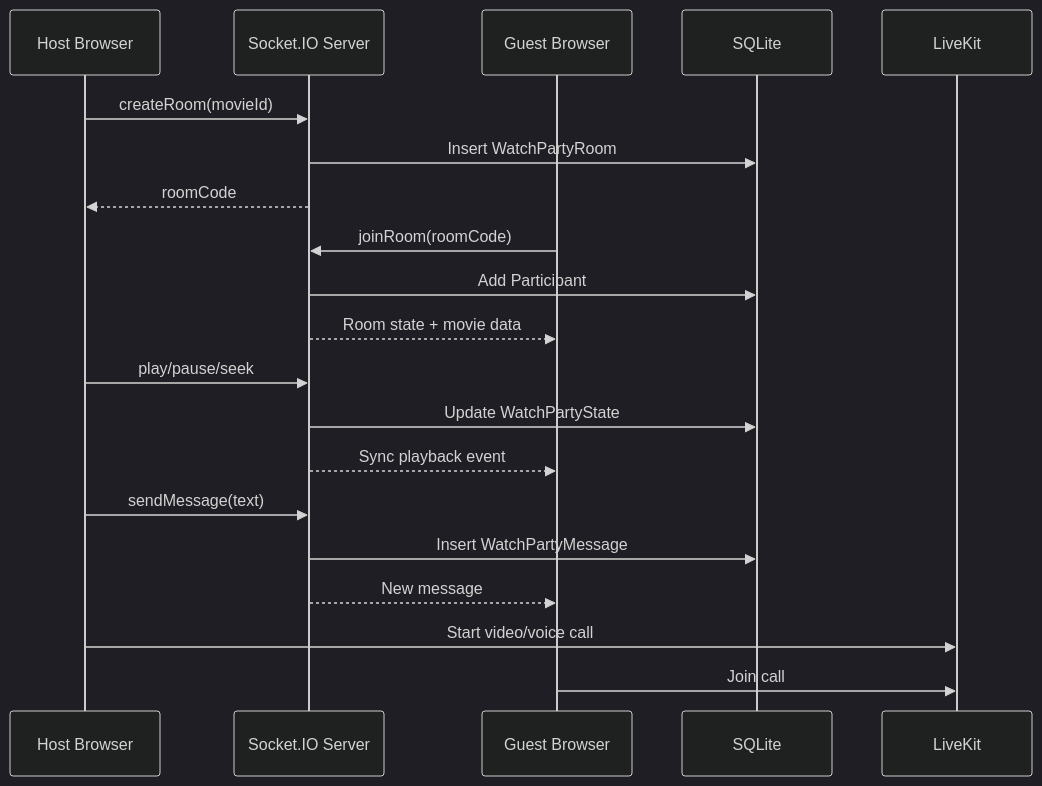
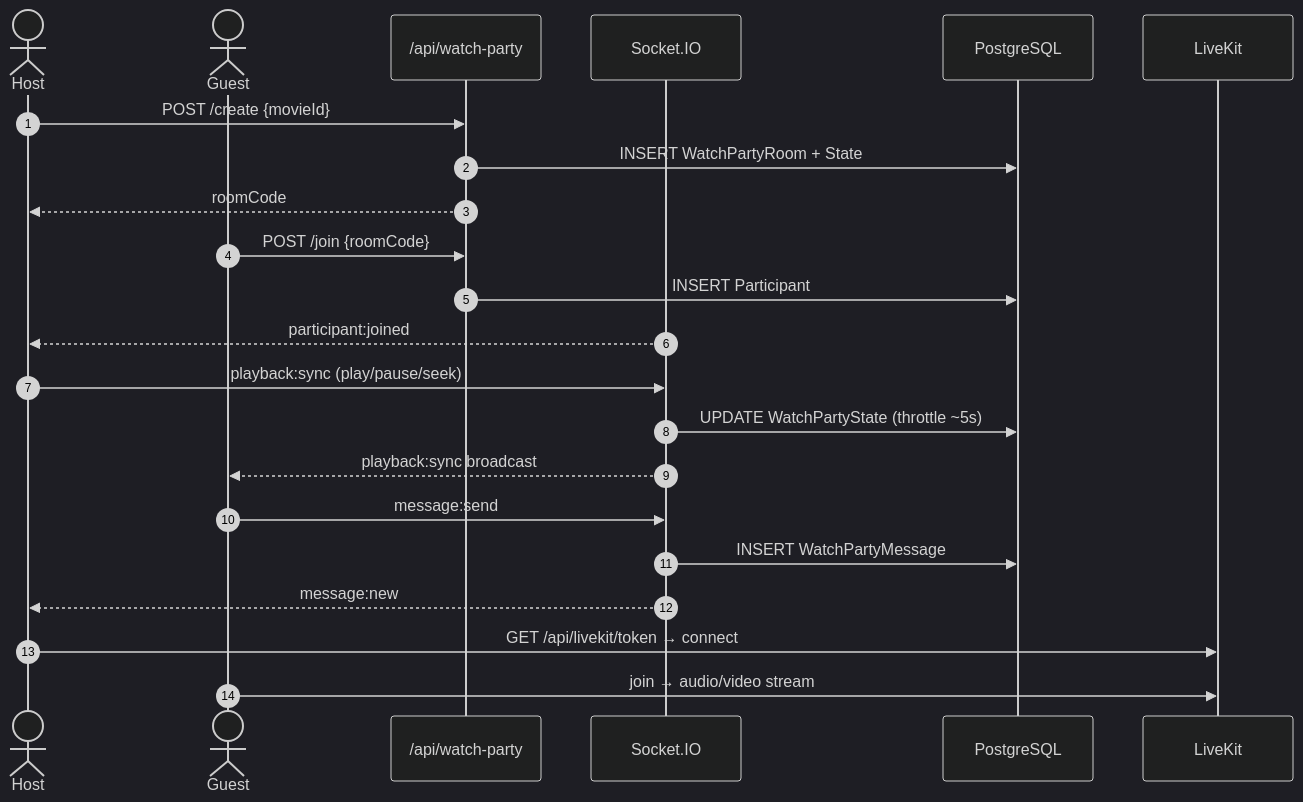
Before and after one commit to Terence-0310/TERENCE: the sixth of 10 diagrams in README.md, drawn with Mermaid (dark theme). The commit also changed other lines of this file and 134 other files, not shown here.

````diff
--- a/README.md
+++ b/README.md
@@ -424,27 +711,25 @@
 ```mermaid
 sequenceDiagram
-    participant Host as Host Browser
-    participant SIO as Socket.IO Server
-    participant Guest as Guest Browser
-    participant DB as SQLite
+    autonumber
+    actor H as Host
+    actor G as Guest
+    participant API as /api/watch-party
+    participant SIO as Socket.IO
+    participant DB as PostgreSQL
     participant LK as LiveKit
 
-    Host->>SIO: createRoom(movieId)
-    SIO->>DB: Insert WatchPartyRoom
-    SIO-->>Host: roomCode
-
-    Guest->>SIO: joinRoom(roomCode)
-    SIO->>DB: Add Participant
-    SIO-->>Guest: Room state + movie data
-
-    Host->>SIO: play/pause/seek
-    SIO->>DB: Update WatchPartyState
-    SIO-->>Guest: Sync playback event
-
-    Host->>SIO: sendMessage(text)
-    SIO->>DB: Insert WatchPartyMessage
-    SIO-->>Guest: New message
-
-    Host->>LK: Start video/voice call
-    Guest->>LK: Join call
+    H->>API: POST /create {movieId}
+    API->>DB: INSERT WatchPartyRoom + State
+    API-->>H: roomCode
+    G->>API: POST /join {roomCode}
+    API->>DB: INSERT Participant
+    SIO-->>H: participant:joined
+    H->>SIO: playback:sync (play/pause/seek)
+    SIO->>DB: UPDATE WatchPartyState (throttle ~5s)
+    SIO-->>G: playback:sync broadcast
+    G->>SIO: message:send
+    SIO->>DB: INSERT WatchPartyMessage
+    SIO-->>H: message:new
+    H->>LK: GET /api/livekit/token → connect
+    G->>LK: join → audio/video stream
 ```
````
